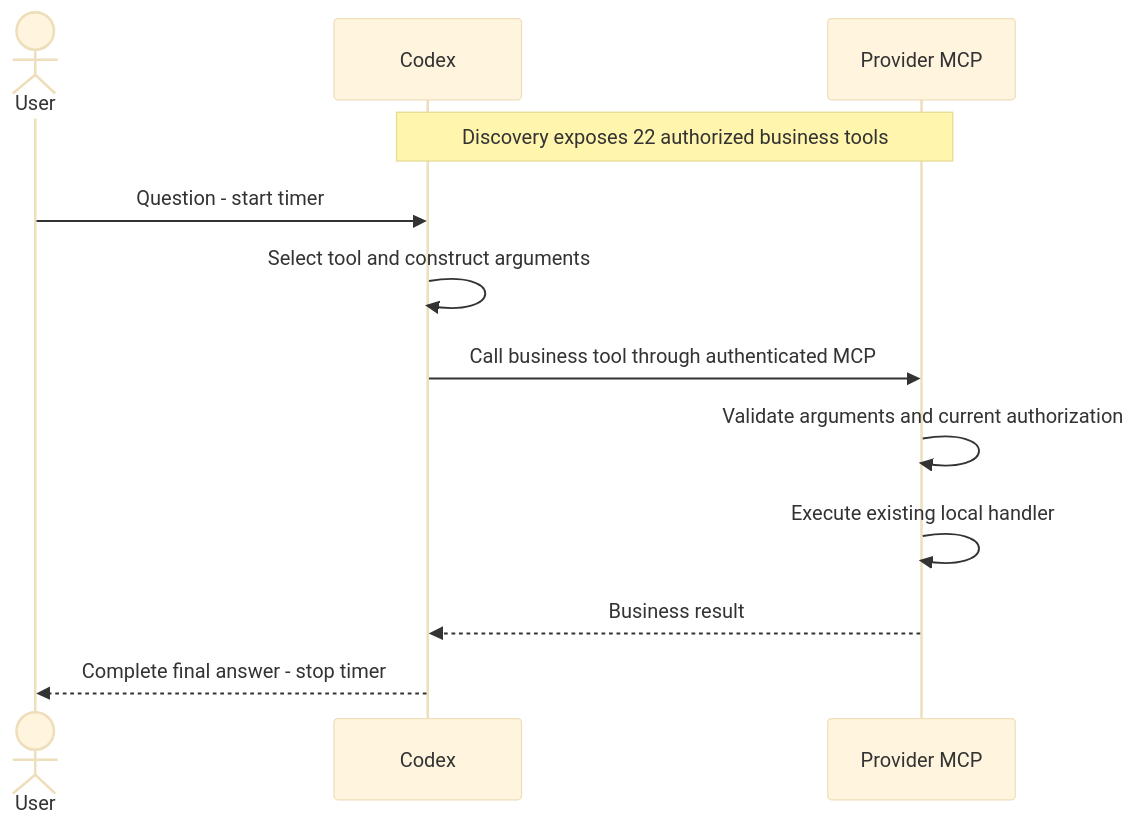
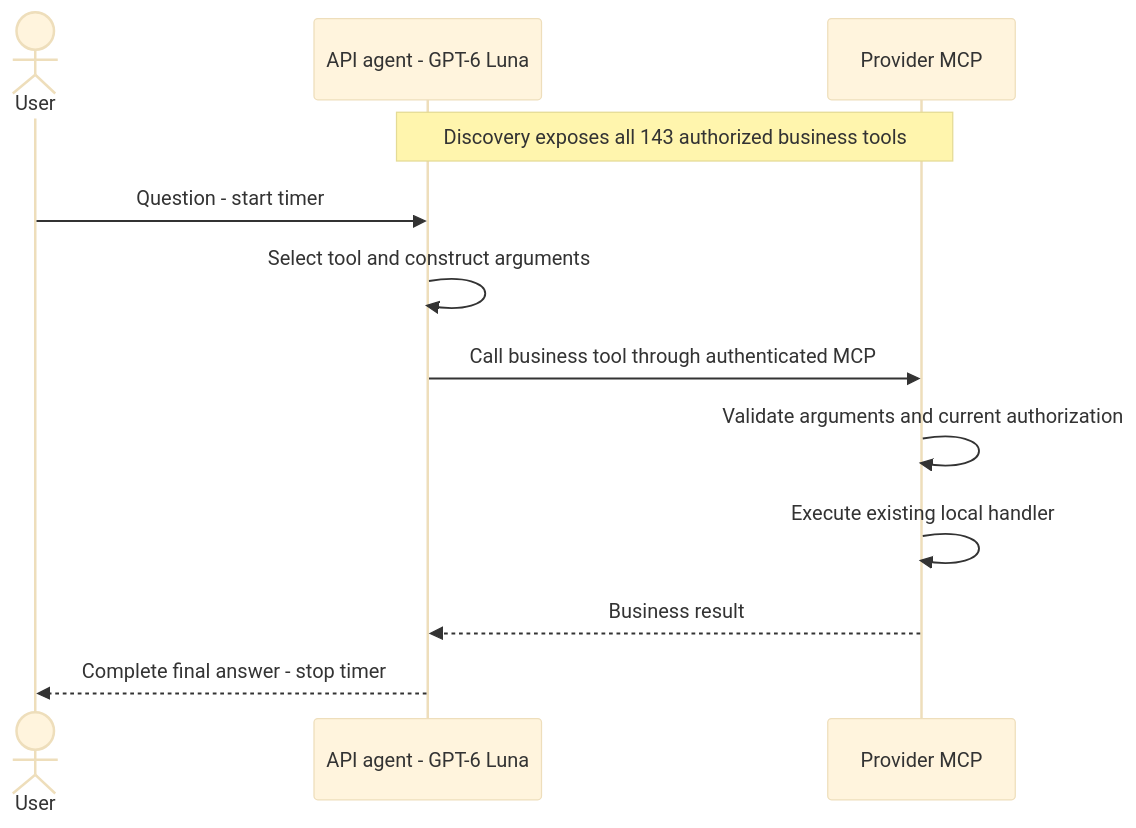
Before and after one commit to diorrego/toolgate-experiment: the first of 4 diagrams in README.md, drawn with Mermaid (base theme). The commit also changed other lines of this file and 54 other files, not shown here.

Commit message:
Add V2 accuracy experiment with GPT-6 Luna and 143 MCP tools

````diff
--- a/README.md
+++ b/README.md
@@ -52,14 +98,14 @@
 ```mermaid
 sequenceDiagram
     actor U as User
-    participant A as Codex
+    participant A as API agent - GPT-6 Luna
     participant P as Provider MCP
-    Note over A,P: Discovery exposes 22 authorized business tools
+    Note over A,P: Discovery exposes all 143 authorized business tools
     U->>A: Question - start timer
     A->>A: Select tool and construct arguments
     A->>P: Call business tool through authenticated MCP
     P->>P: Validate arguments and current authorization
     P->>P: Execute existing local handler
     P-->>A: Business result
     A-->>U: Complete final answer - stop timer
 ```
````
